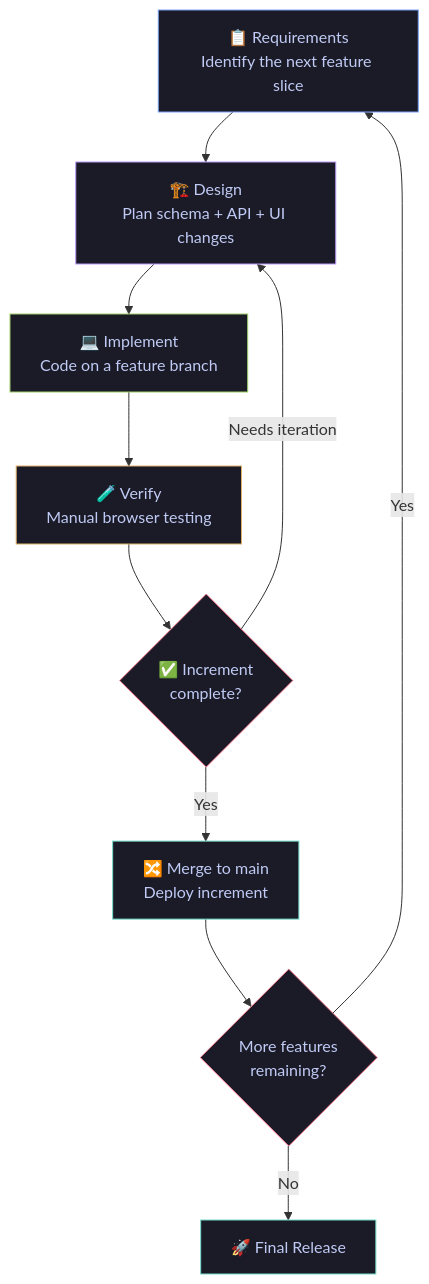
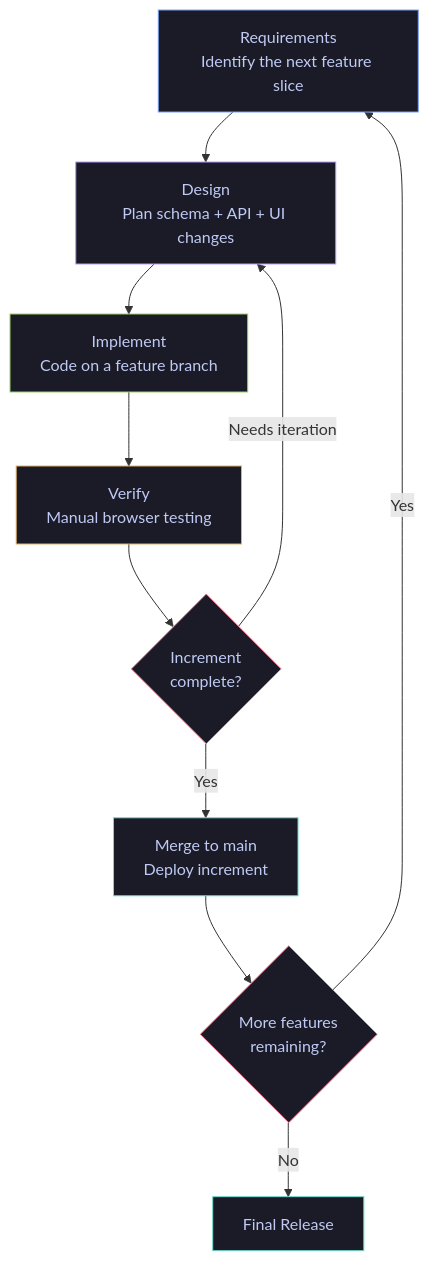
One commit to kritic2911/collab_ide changed the first of 5 diagrams in project_context.md. Above: the diagram before and after it, drawn with Mermaid. The commit also changed other lines of this file and 1 other file, not shown here.

````diff
--- a/project_context.md
+++ b/project_context.md
@@ -50,21 +49,21 @@
 ```mermaid
 graph TD
-    A["📋 Requirements<br/>Identify the next feature slice"] --> B["🏗️ Design<br/>Plan schema + API + UI changes"]
-    B --> C["💻 Implement<br/>Code on a feature branch"]
-    C --> D["🧪 Verify<br/>Manual browser testing"]
-    D --> E{"✅ Increment<br/>complete?"}
-    E -- "Yes" --> F["🔀 Merge to main<br/>Deploy increment"]
+    A[" Requirements<br/>Identify the next feature slice"] --> B[" Design<br/>Plan schema + API + UI changes"]
+    B --> C[" Implement<br/>Code on a feature branch"]
+    C --> D[" Verify<br/>Manual browser testing"]
+    D --> E{" Increment<br/>complete?"}
+    E -- "Yes" --> F[" Merge to main<br/>Deploy increment"]
     E -- "Needs iteration" --> B
     F --> G{"More features<br/>remaining?"}
     G -- "Yes" --> A
-    G -- "No" --> H["🚀 Final Release"]
+    G -- "No" --> H[" Final Release"]
 
     style A fill:#1a1b26,stroke:#7aa2f7,color:#c0caf5
     style B fill:#1a1b26,stroke:#bb9af7,color:#c0caf5
     style C fill:#1a1b26,stroke:#9ece6a,color:#c0caf5
     style D fill:#1a1b26,stroke:#e0af68,color:#c0caf5
     style E fill:#1a1b26,stroke:#f7768e,color:#c0caf5
     style F fill:#1a1b26,stroke:#73daca,color:#c0caf5
     style G fill:#1a1b26,stroke:#f7768e,color:#c0caf5
     style H fill:#1a1b26,stroke:#73daca,color:#c0caf5
 ```
````
